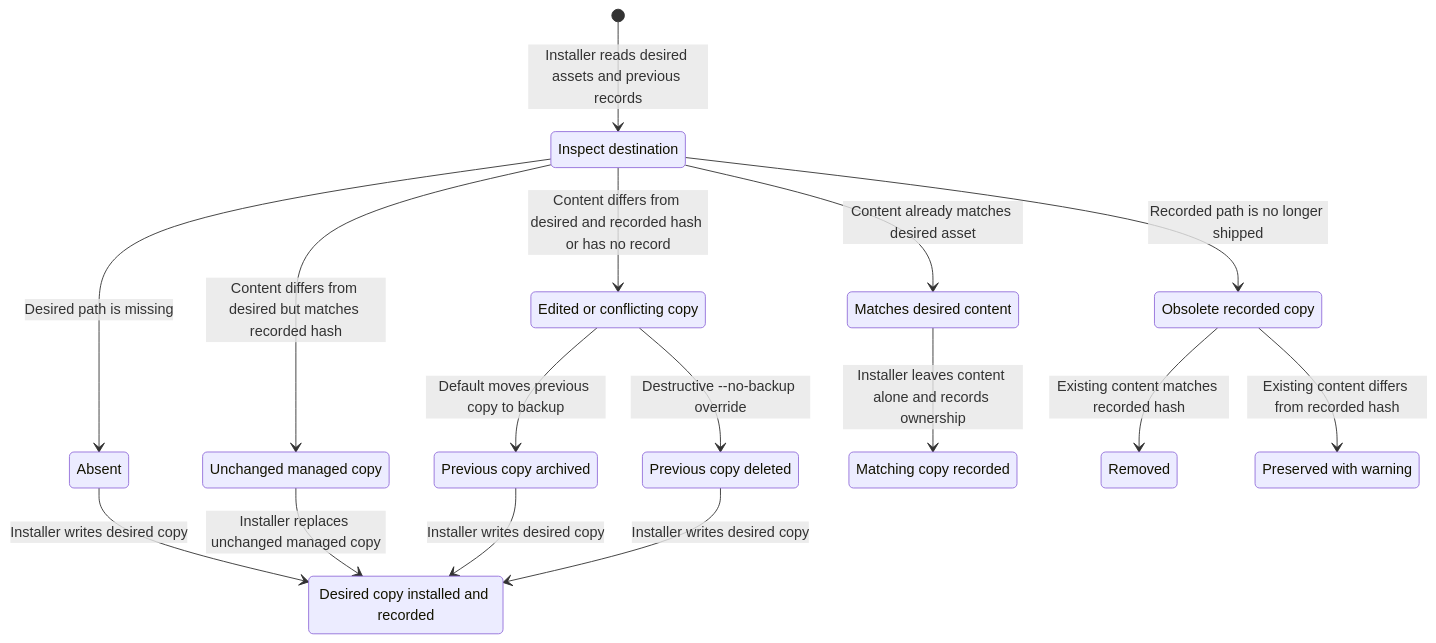
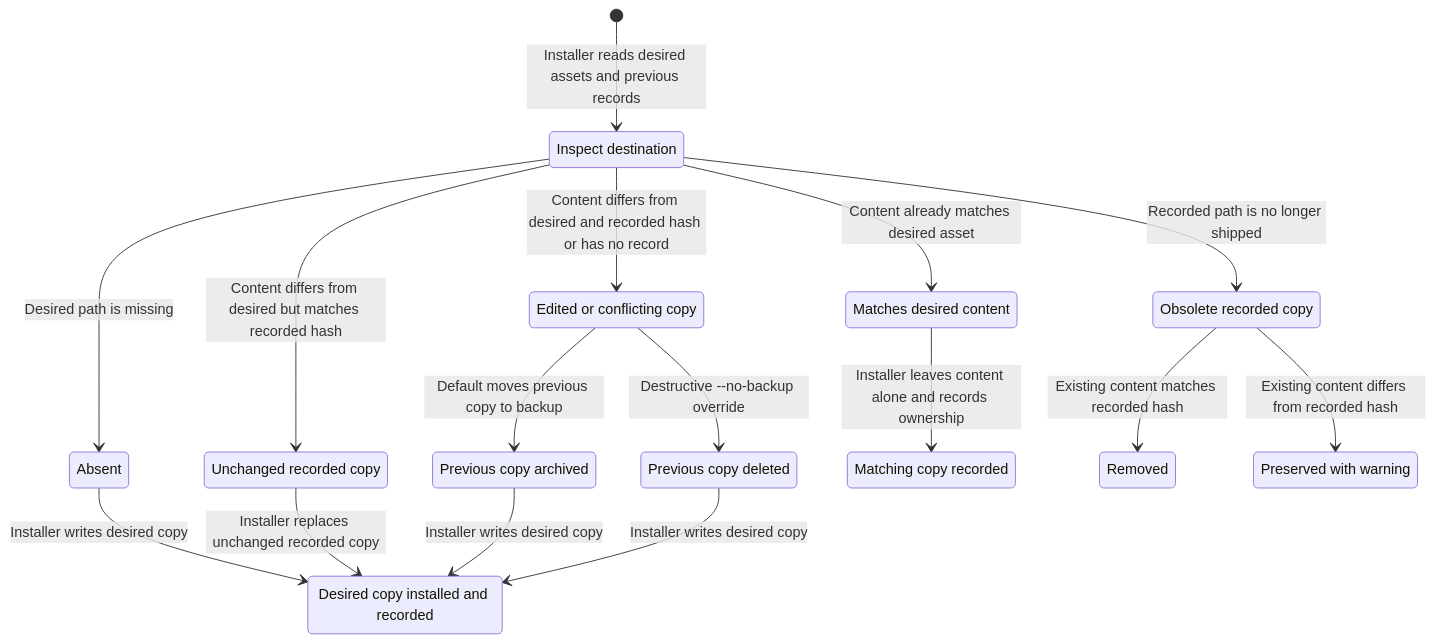
One commit to jvillegasd/harness changed the first of 2 diagrams in docs/installation.md. Above: the diagram before and after it, drawn with Mermaid. The commit also changed other lines of this file and 20 other files, not shown here.

````diff
--- a/docs/installation.md
+++ b/docs/installation.md
@@ -9,31 +9,31 @@
 ```mermaid
 stateDiagram-v2
     state "Inspect destination" as Inspect
     state "Absent" as Absent
     state "Matches desired content" as Matches
-    state "Unchanged managed copy" as Managed
+    state "Unchanged recorded copy" as Managed
     state "Edited or conflicting copy" as Conflict
     state "Previous copy archived" as Archived
     state "Previous copy deleted" as Deleted
     state "Desired copy installed and recorded" as Installed
     state "Matching copy recorded" as Recorded
     state "Obsolete recorded copy" as Obsolete
     state "Removed" as Removed
     state "Preserved with warning" as Preserved
 
     [*] --> Inspect: Installer reads desired assets and previous records
     Inspect --> Absent: Desired path is missing
     Inspect --> Matches: Content already matches desired asset
     Inspect --> Managed: Content differs from desired but matches recorded hash
     Inspect --> Conflict: Content differs from desired and recorded hash or has no record
     Absent --> Installed: Installer writes desired copy
     Matches --> Recorded: Installer leaves content alone and records ownership
-    Managed --> Installed: Installer replaces unchanged managed copy
+    Managed --> Installed: Installer replaces unchanged recorded copy
     Conflict --> Archived: Default moves previous copy to backup
     Conflict --> Deleted: Destructive --no-backup override
     Archived --> Installed: Installer writes desired copy
     Deleted --> Installed: Installer writes desired copy
     Inspect --> Obsolete: Recorded path is no longer shipped
     Obsolete --> Removed: Existing content matches recorded hash
     Obsolete --> Preserved: Existing content differs from recorded hash
 ```
````
